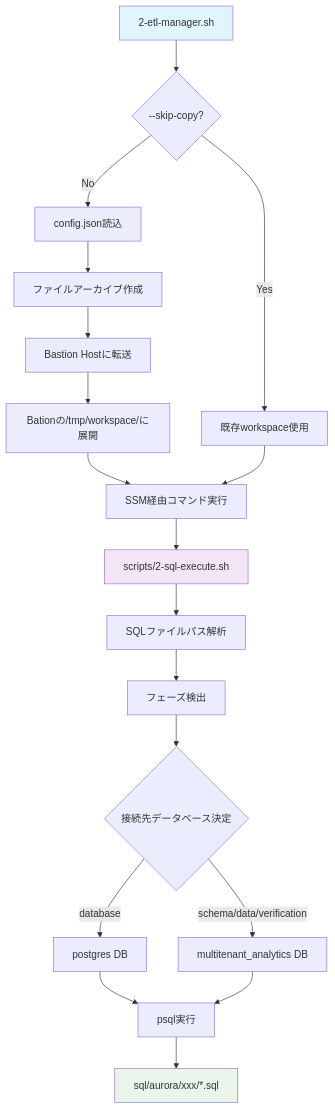
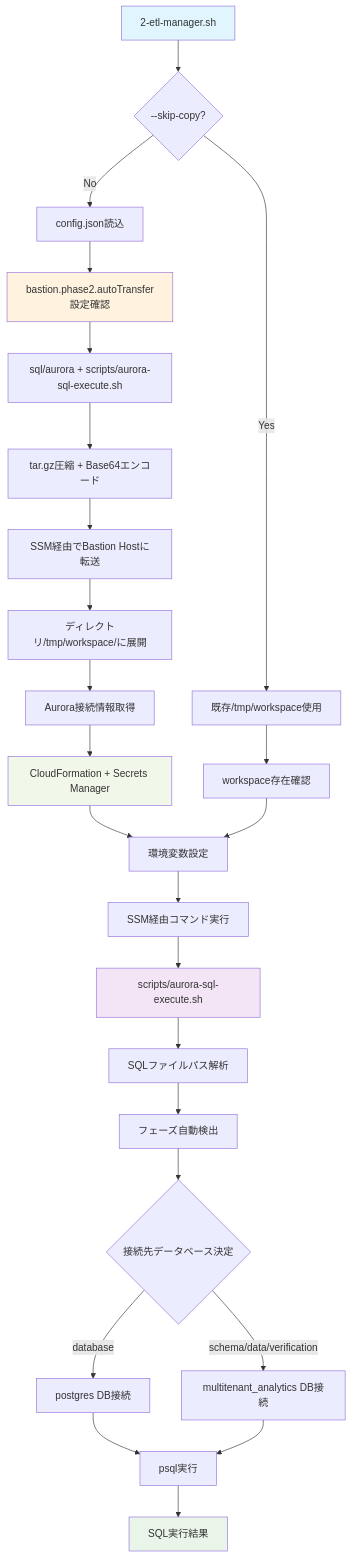
The first of 2 diagrams in databases/data-platform/multitenant-analytics-platform/README-PHASE-2.md (littlemex/aws-samples), drawn with Mermaid before and after one commit. The commit also changed other lines of this file and 6 other files, not shown here.

````diff
--- a/databases/data-platform/multitenant-analytics-platform/README-PHASE-2.md
+++ b/databases/data-platform/multitenant-analytics-platform/README-PHASE-2.md
@@ -38,24 +74,32 @@
 ```mermaid
 graph TB
     A[2-etl-manager.sh] --> B{--skip-copy?}
     B -->|No| C[config.json読込]
-    B -->|Yes| H[既存workspace使用]
-    C --> D[ファイルアーカイブ作成]
-    D --> E[Bastion Hostに転送]
-    E --> F[Bationの/tmp/workspace/に展開]
-    F --> G[SSM経由コマンド実行]
-    H --> G
-    G --> I[scripts/2-sql-execute.sh]
-    I --> J[SQLファイルパス解析]
-    J --> K[フェーズ検出]
-    K --> L{接続先データベース決定}
-    L -->|database| M[postgres DB]
-    L -->|schema/data/verification| N[multitenant_analytics DB]
-    M --> O[psql実行]
-    N --> O
-    O --> P[sql/aurora/xxx/*.sql]
+    B -->|Yes| H[既存/tmp/workspace使用]
+    C --> D[bastion.phase2.autoTransfer設定確認]
+    D --> E[sql/aurora + scripts/aurora-sql-execute.sh]
+    E --> F[tar.gz圧縮 + Base64エンコード]
+    F --> G[SSM経由でBastion Hostに転送]
+    G --> I[ディレクトリ/tmp/workspace/に展開]
+    I --> J[Aurora接続情報取得]
+    J --> K[CloudFormation + Secrets Manager]
+    K --> L[環境変数設定]
+    L --> M[SSM経由コマンド実行]
+    H --> N[workspace存在確認]
+    N --> L
+    M --> O[scripts/aurora-sql-execute.sh]
+    O --> P[SQLファイルパス解析]
+    P --> Q[フェーズ自動検出]
+    Q --> R{接続先データベース決定}
+    R -->|database| S[postgres DB接続]
+    R -->|schema/data/verification| T[multitenant_analytics DB接続]
+    S --> U[psql実行]
+    T --> U
+    U --> V[SQL実行結果]
     
     style A fill:#e1f5fe
-    style I fill:#f3e5f5
-    style P fill:#e8f5e8
+    style O fill:#f3e5f5
+    style V fill:#e8f5e8
+    style D fill:#fff3e0
+    style K fill:#f1f8e9
 ```
````
